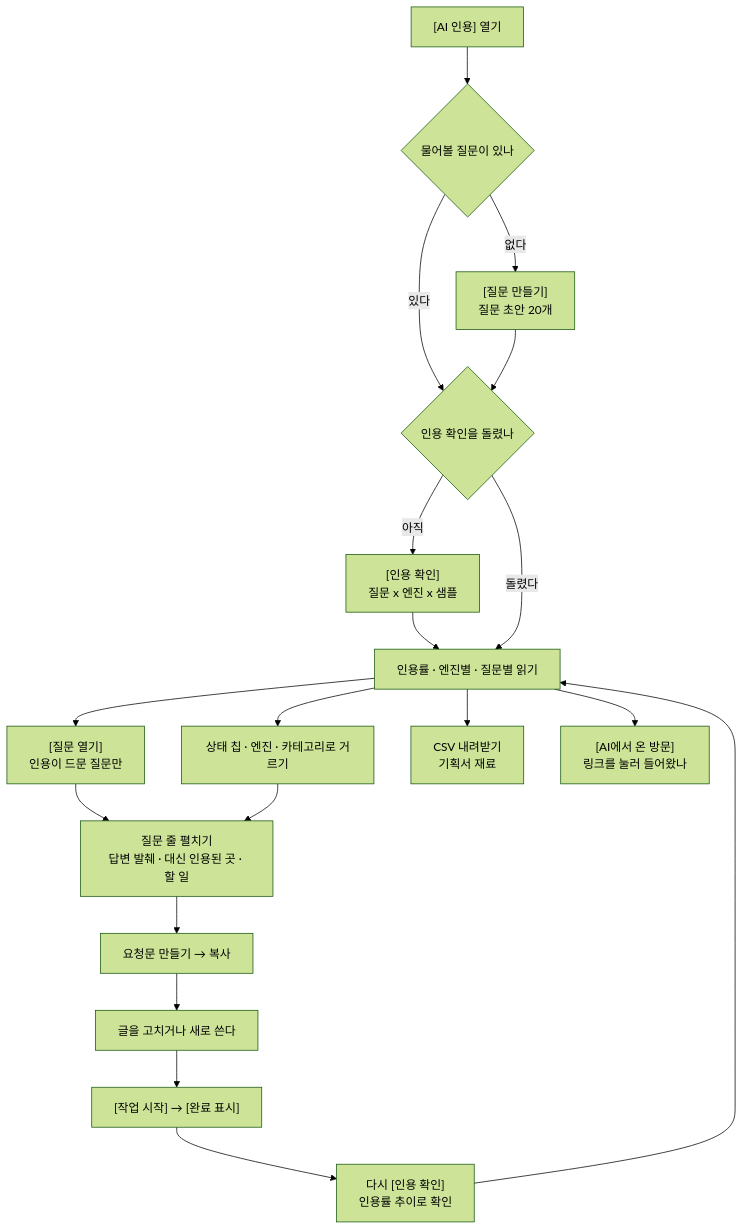
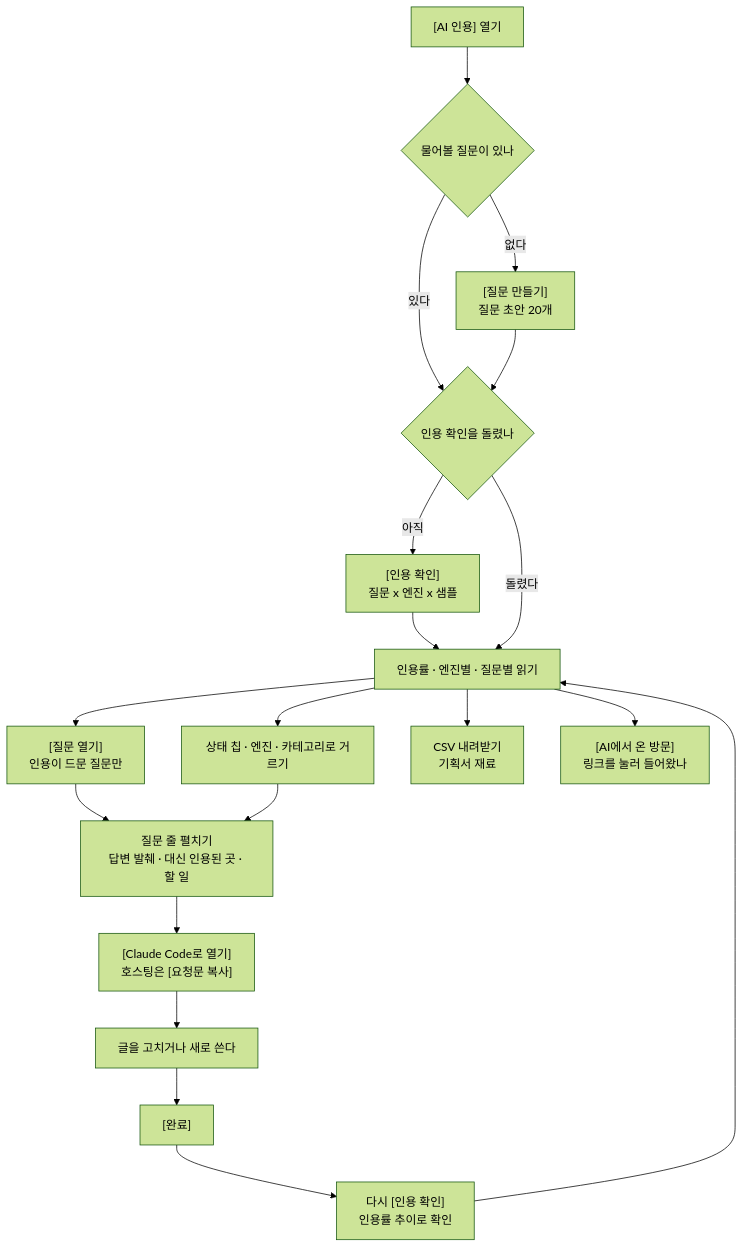
Before and after one commit to seanjr2847/seo-miner: the diagram in docs/screens/ai.md, drawn with Mermaid (forest theme). The commit also changed other lines of this file and 21 other files, not shown here.

````diff
--- a/docs/screens/ai.md
+++ b/docs/screens/ai.md
@@ -107,21 +107,21 @@
 ```mermaid
 flowchart TD
   A["[AI 인용] 열기"] --> B{"물어볼 질문이 있나"}
   B -->|"없다"| C["[질문 만들기]<br/>질문 초안 20개"]
   B -->|"있다"| D{"인용 확인을 돌렸나"}
   C --> D
   D -->|"아직"| E["[인용 확인]<br/>질문 x 엔진 x 샘플"]
   E --> F["인용률 · 엔진별 · 질문별 읽기"]
   D -->|"돌렸다"| F
   F --> G["[질문 열기]<br/>인용이 드문 질문만"]
   F --> H["상태 칩 · 엔진 · 카테고리로 거르기"]
   F --> I["CSV 내려받기<br/>기획서 재료"]
   F --> J["[AI에서 온 방문]<br/>링크를 눌러 들어왔나"]
   G --> K["질문 줄 펼치기<br/>답변 발췌 · 대신 인용된 곳 · 할 일"]
   H --> K
-  K --> L["요청문 만들기 → 복사"]
+  K --> L["[Claude Code로 열기]<br/>호스팅은 [요청문 복사]"]
   L --> M["글을 고치거나 새로 쓴다"]
-  M --> N["[작업 시작] → [완료 표시]"]
+  M --> N["[완료]"]
   N --> O["다시 [인용 확인]<br/>인용률 추이로 확인"]
   O --> F
 ```
````
